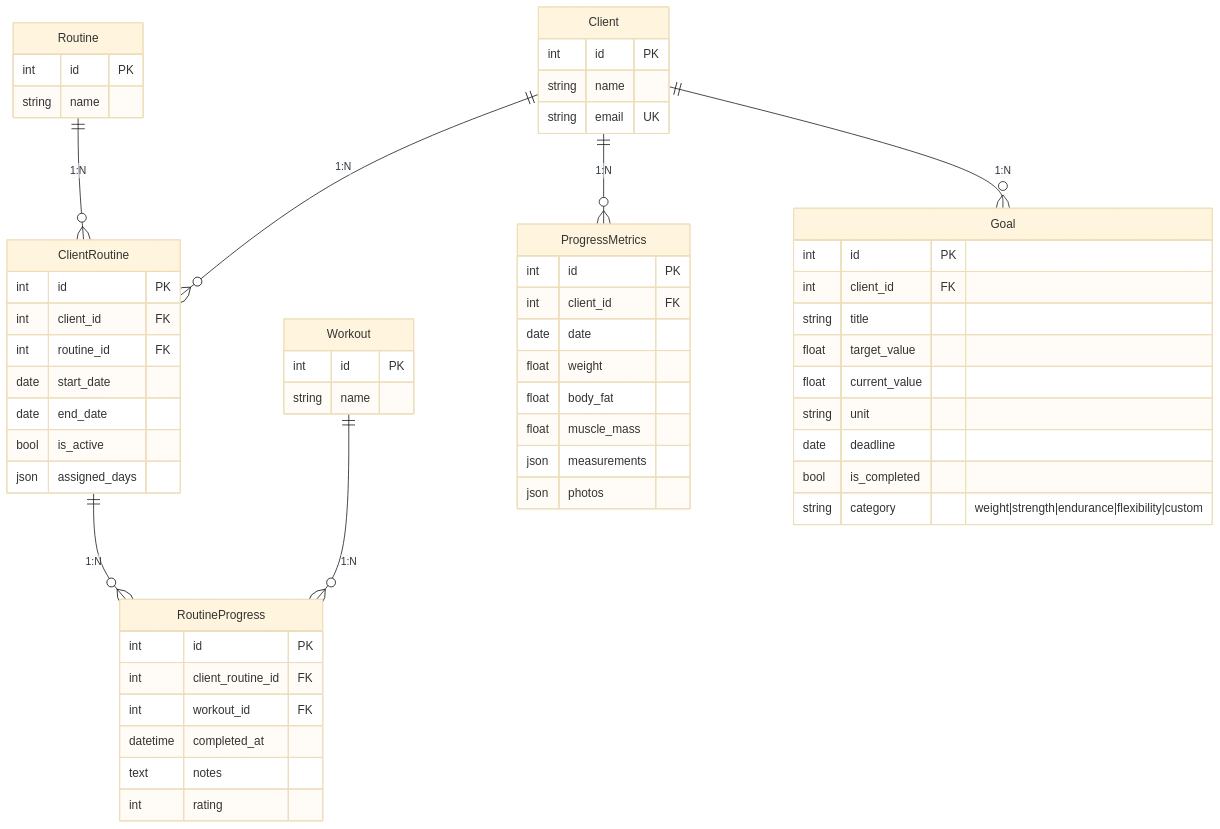
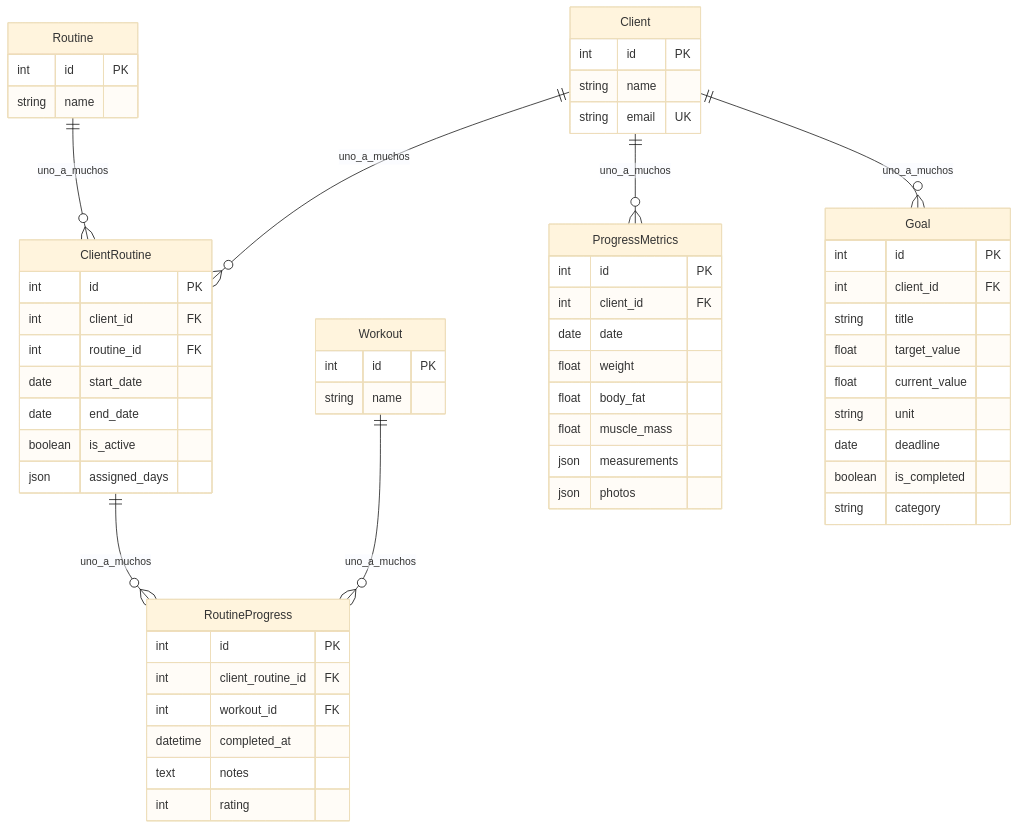
One commit to chatuz-park/gym-now-back changed the fourth of 4 diagrams in docs/diagrama-er.md. Above: the diagram before and after it, drawn with Mermaid (base theme). The commit also changed other lines of this file, not shown here.

Commit message:
Update ER diagram documentation with improved naming conventions and data types for clarity

````diff
--- a/docs/diagrama-er.md
+++ b/docs/diagrama-er.md
@@ -250,67 +252,67 @@
 ```mermaid
 erDiagram
-    Client ||--o{ ClientRoutine : "1:N"
-    Routine ||--o{ ClientRoutine : "1:N"
-    ClientRoutine ||--o{ RoutineProgress : "1:N"
-    Workout ||--o{ RoutineProgress : "1:N"
-    Client ||--o{ ProgressMetrics : "1:N"
-    Client ||--o{ Goal : "1:N"
+    Client ||--o{ ClientRoutine : uno_a_muchos
+    Routine ||--o{ ClientRoutine : uno_a_muchos
+    ClientRoutine ||--o{ RoutineProgress : uno_a_muchos
+    Workout ||--o{ RoutineProgress : uno_a_muchos
+    Client ||--o{ ProgressMetrics : uno_a_muchos
+    Client ||--o{ Goal : uno_a_muchos
 
     Client {
         int id PK
         string name
         string email UK
     }
 
     Routine {
         int id PK
         string name
     }
 
     Workout {
         int id PK
         string name
     }
 
     ClientRoutine {
         int id PK
         int client_id FK
         int routine_id FK
         date start_date
         date end_date
-        bool is_active
+        boolean is_active
         json assigned_days
     }
 
     RoutineProgress {
         int id PK
         int client_routine_id FK
         int workout_id FK
         datetime completed_at
         text notes
         int rating
     }
 
     ProgressMetrics {
         int id PK
         int client_id FK
         date date
         float weight
         float body_fat
         float muscle_mass
         json measurements
         json photos
     }
 
     Goal {
         int id PK
         int client_id FK
         string title
         float target_value
         float current_value
         string unit
         date deadline
-        bool is_completed
-        string category "weight|strength|endurance|flexibility|custom"
+        boolean is_completed
+        string category
     }
 ```
````
